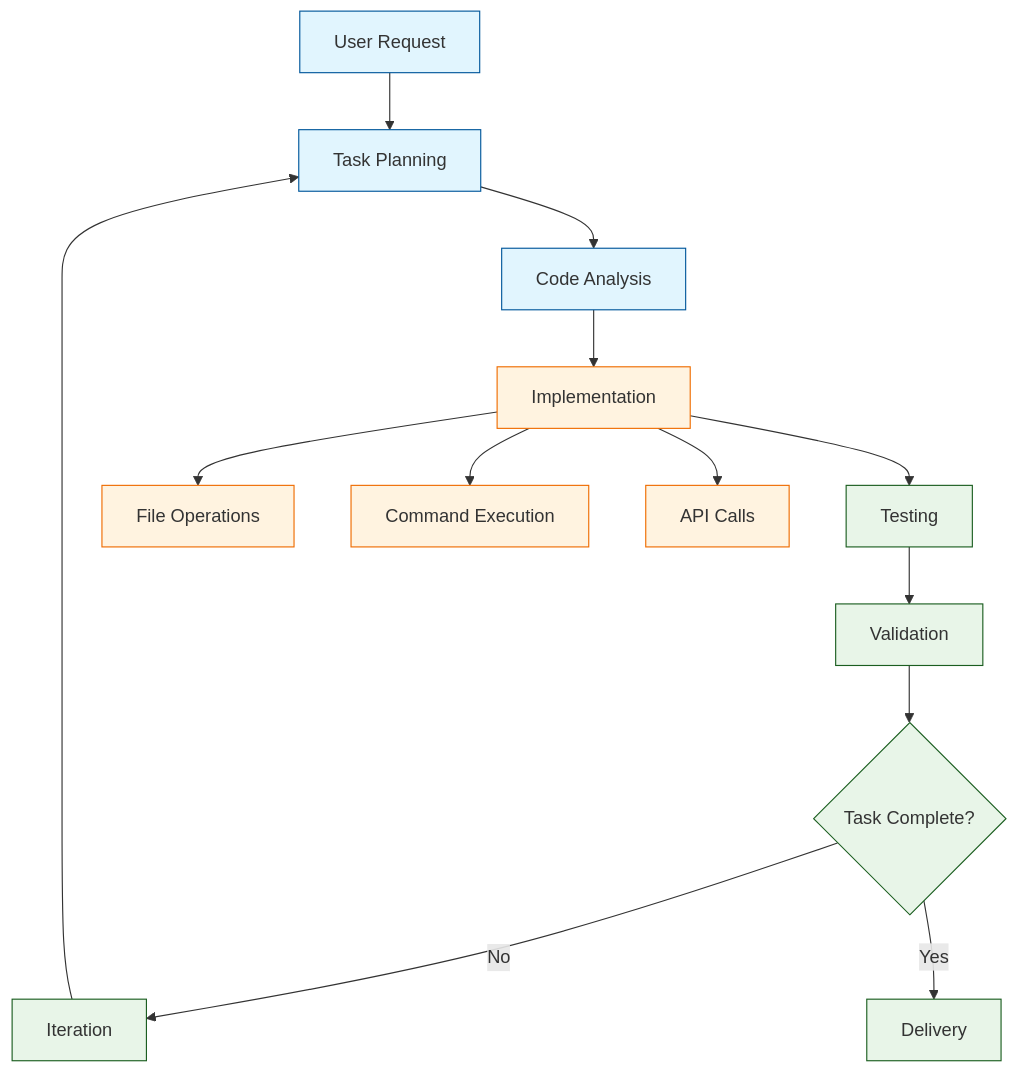
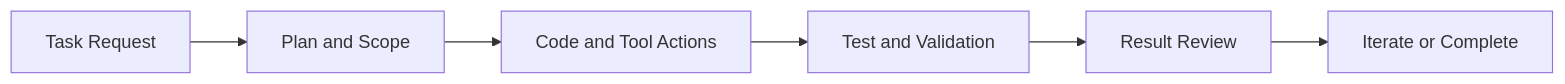
One commit to johnxie/awesome-code-docs changed the diagram in tutorials/openhands-tutorial/index.md. Above: the diagram before and after it, drawn with Mermaid. The commit also changed other lines of this file and 6 other files, not shown here.

````diff
--- a/tutorials/openhands-tutorial/index.md
+++ b/tutorials/openhands-tutorial/index.md
@@ -38,24 +38,8 @@
 ```mermaid
-flowchart TD
-    A[User Request] --> B[Task Planning]
-    B --> C[Code Analysis]
-    C --> D[Implementation]
-    D --> E[Testing]
-    E --> F[Validation]
-    F --> G{Task Complete?}
-    G -->|No| H[Iteration]
-    G -->|Yes| I[Delivery]
-
-    H --> B
-    D --> J[File Operations]
-    D --> K[Command Execution]
-    D --> L[API Calls]
-
-    classDef planning fill:#e1f5fe,stroke:#01579b
-    classDef execution fill:#fff3e0,stroke:#ef6c00
-    classDef validation fill:#e8f5e8,stroke:#1b5e20
-
-    class A,B,C planning
-    class D,J,K,L execution
-    class E,F,G,H,I validation
+flowchart LR
+    A[Task Request] --> B[Plan and Scope]
+    B --> C[Code and Tool Actions]
+    C --> D[Test and Validation]
+    D --> E[Result Review]
+    E --> F[Iterate or Complete]
 ```
````
